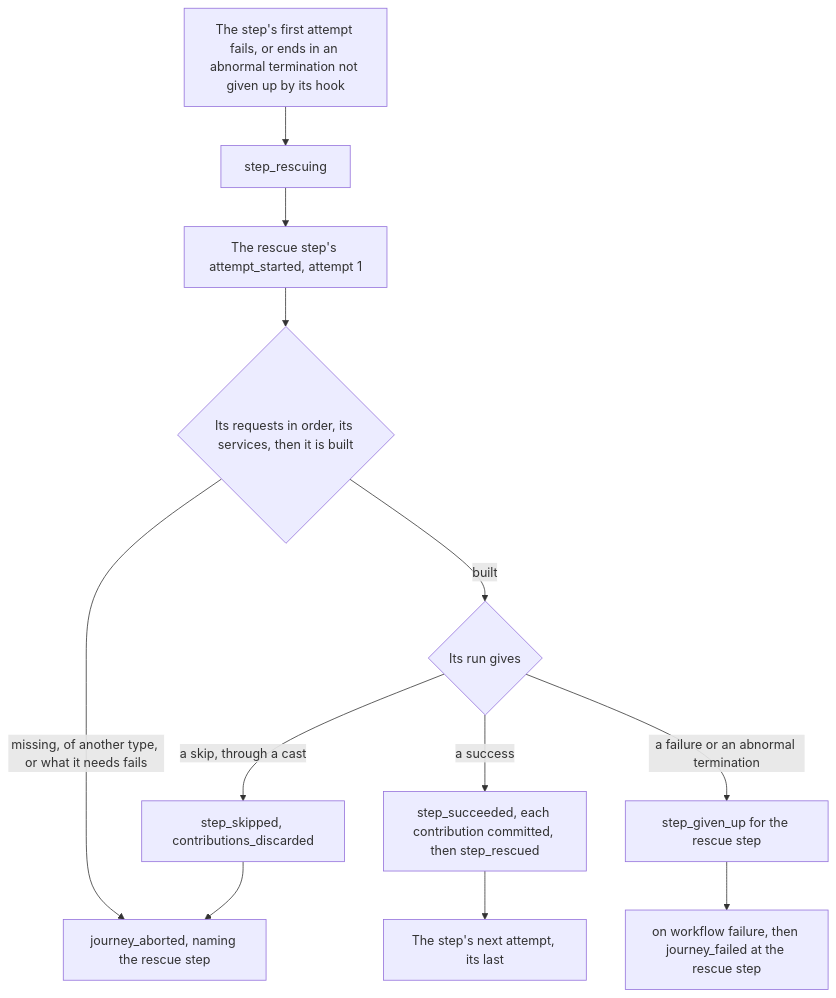
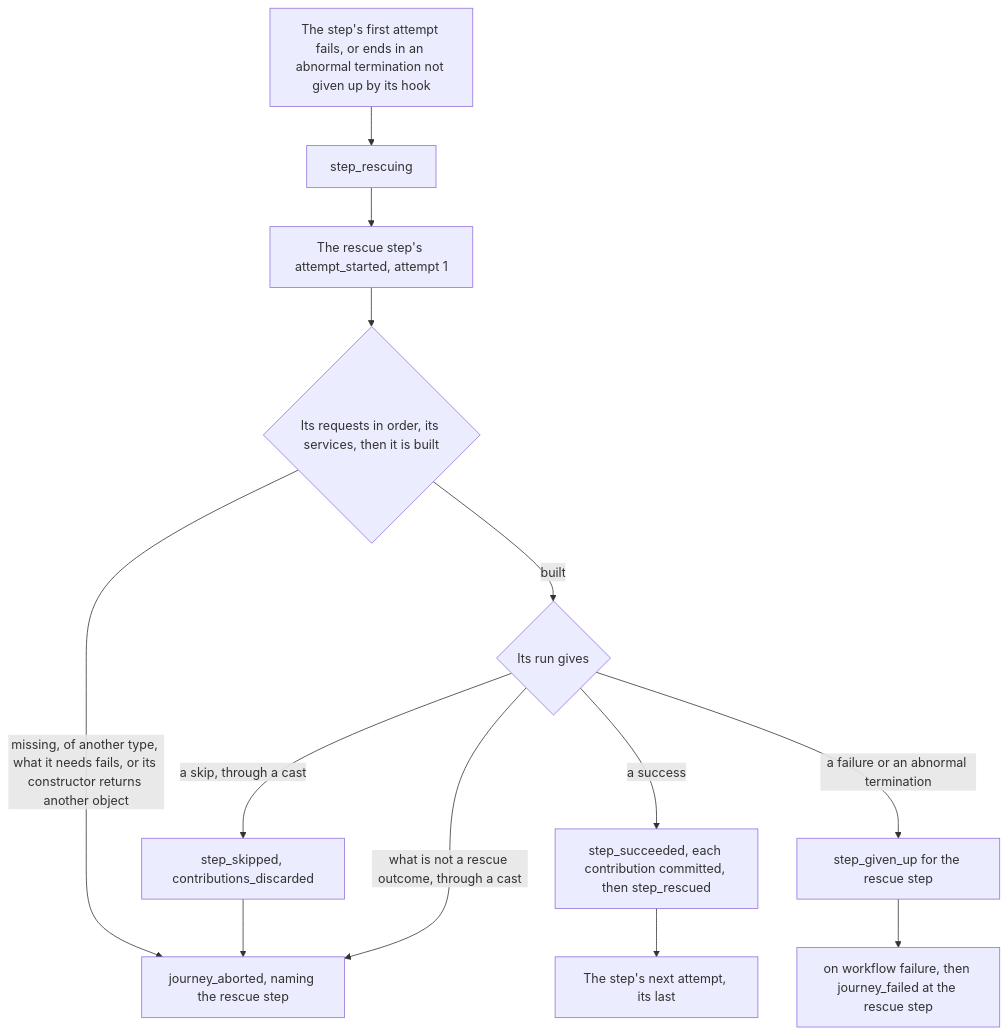
One commit to itinera-dev/itinera-ts changed the eighth of 12 diagrams in docs/architecture.md. Above: the diagram before and after it, drawn with Mermaid. The commit also changed other lines of this file and 57 other files, not shown here.

````diff
--- a/docs/architecture.md
+++ b/docs/architecture.md
@@ -273,16 +273,17 @@
 ```mermaid
 flowchart TD
     accTitle: How the engine rescues a step
-    accDescr: When the first attempt of a step with a rescue step fails, or ends in an abnormal termination that on step abnormal termination does not turn into FailWorkflow, the engine emits step_rescuing and calls no other hook. The rescue step runs as its own attempt 1, named after the step: attempt_started, then its constructor's requests in order, its inputs through the input adapter attached to its own name or from the data bag, and the contributions, failure reason and error the failed attempt left, then its services from the providers serving its own name, then it is built and run. A success emits step_succeeded, commits its contributions and emits step_rescued, and the step runs again as its next attempt, its last. A failure or an abnormal termination of the rescue step emits step_given_up for it, and the journey fails at the rescue step, after on workflow failure. A skip, which only a cast lets through, emits step_skipped and contributions_discarded, then aborts the journey with rescue skipped. An abort while the rescue step is built or runs names it.
+    accDescr: When the first attempt of a step with a rescue step fails, or ends in an abnormal termination that on step abnormal termination does not turn into FailWorkflow, the engine emits step_rescuing and calls no other hook. The rescue step runs as its own attempt 1, named after the step: attempt_started, then its constructor's requests in order, its inputs through the input adapter attached to its own name or from the data bag, and the contributions, failure reason and error the failed attempt left, then its services from the providers serving its own name, then it is built and run; a constructor that returns another object aborts the journey. A success emits step_succeeded, commits its contributions and emits step_rescued, and the step runs again as its next attempt, its last. A failure or an abnormal termination of the rescue step emits step_given_up for it, and the journey fails at the rescue step, after on workflow failure. A skip, which only a cast lets through, emits step_skipped and contributions_discarded, then aborts the journey with rescue skipped. What is not a rescue outcome, which only a cast lets through, aborts it with unexpected result. An abort while the rescue step is built or runs names it.
     failed["The step's first attempt fails, or ends in an abnormal termination not given up by its hook"] --> rescuing["step_rescuing"]
     rescuing --> started["The rescue step's attempt_started, attempt 1"]
     started --> build{"Its requests in order, its services, then it is built"}
-    build -->|"missing, of another type, or what it needs fails"| aborted["journey_aborted, naming the rescue step"]
+    build -->|"missing, of another type, what it needs fails, or its constructor returns another object"| aborted["journey_aborted, naming the rescue step"]
     build -->|"built"| run{"Its run gives"}
     run -->|"a success"| succeeded["step_succeeded, each contribution committed, then step_rescued"]
     succeeded --> again["The step's next attempt, its last"]
     run -->|"a failure or an abnormal termination"| givenUp["step_given_up for the rescue step"]
     givenUp --> workflowFailure["on workflow failure, then journey_failed at the rescue step"]
     run -->|"a skip, through a cast"| skipped["step_skipped, contributions_discarded"]
     skipped --> aborted
+    run -->|"what is not a rescue outcome, through a cast"| aborted
 ```
````
